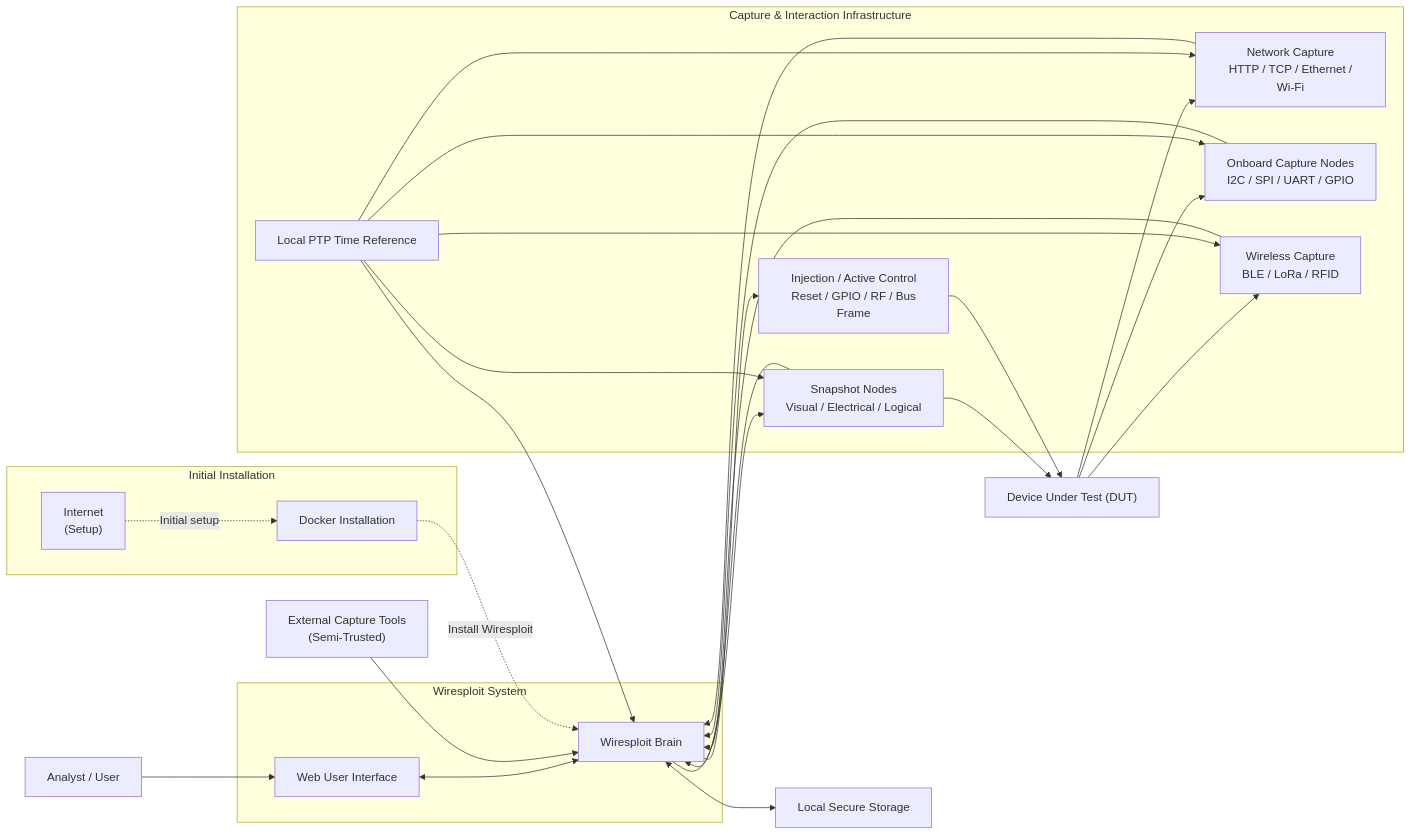
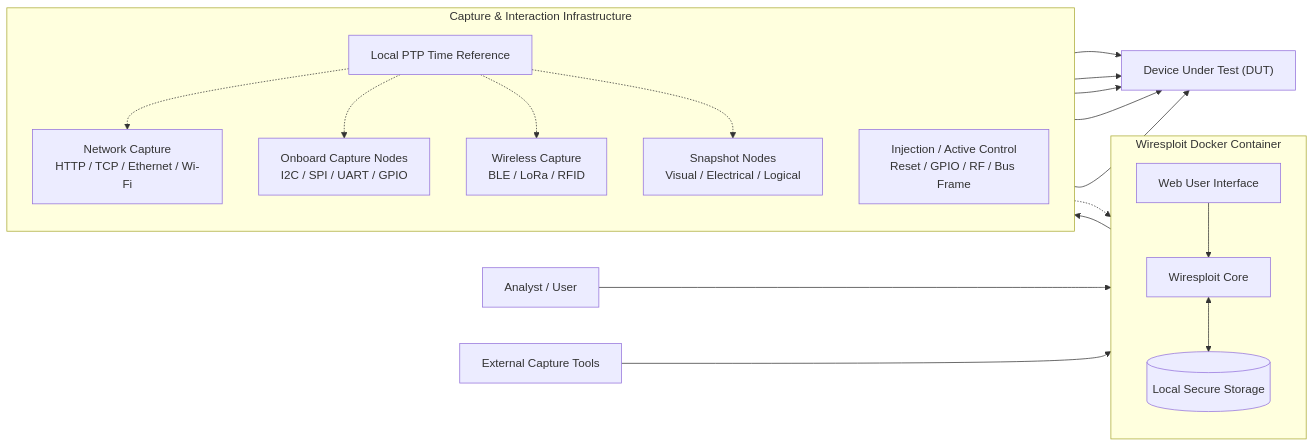
Before and after one commit to EG-ETCS/wiresploit: the first of 15 diagrams in docs/01_Requirements/01_SysRS/05_System_Architecture.md, drawn with Mermaid. The commit also changed other lines of this file, not shown here.

Commit message:
Refactor system architecture diagrams: Updated Sections 4 and 5 with clear and simplified diagrams.

````diff
--- a/docs/01_Requirements/01_SysRS/05_System_Architecture.md
+++ b/docs/01_Requirements/01_SysRS/05_System_Architecture.md
@@ -40,62 +40,55 @@
 ```mermaid
 flowchart LR
 
+    %% User
     Analyst["Analyst / User"]
 
-    subgraph Wiresploit["Wiresploit System"]
+    %% Wiresploit Docker Container
+    subgraph Docker["Wiresploit Docker Container"]
+        direction TB
+
         UI["Web User Interface"]
-        Brain["Wiresploit Brain"]
+        Core["Wiresploit Core"]
+        DB[("Local Secure Storage")]
+
+        UI --> Core
+        Core <--> DB
     end
 
+    %% Capture & Interaction Infrastructure
     subgraph CaptureInfrastructure["Capture & Interaction Infrastructure"]
-        NetworkCapture["Network Capture<br/> HTTP / TCP / Ethernet / Wi-Fi"]
-        CaptureNodes["Onboard Capture Nodes<br/> I2C / SPI / UART / GPIO"]
-        WirelessCapture["Wireless Capture<br/> BLE / LoRa / RFID"]
-        SnapshotNodes["Snapshot Nodes<br/> Visual / Electrical / Logical"]
-        InjectionNodes["Injection / Active Control<br/> Reset / GPIO / RF / Bus Frame"]
+        direction TB
+
+        NetworkCapture["Network Capture<br/>HTTP / TCP / Ethernet / Wi-Fi"]
+        CaptureNodes["Onboard Capture Nodes<br/>I2C / SPI / UART / GPIO"]
+        WirelessCapture["Wireless Capture<br/>BLE / LoRa / RFID"]
+        SnapshotNodes["Snapshot Nodes<br/>Visual / Electrical / Logical"]
+        InjectionNodes["Injection / Active Control<br/>Reset / GPIO / RF / Bus Frame"]
         TimeReference["Local PTP Time Reference"]
     end
 
+    %% External Components
+    ExternalTools["External Capture Tools<br/>"]
     DUT["Device Under Test (DUT)"]
 
-    ExternalTools["External Capture Tools<br/>(Semi-Trusted)"]
+    %% Main Left-to-Right Flow
+    Analyst --> UI
+    Core --> CaptureInfrastructure
 
-    Storage["Local Secure Storage"]
-
-    subgraph Installation["Initial Installation"]
-        Internet["Internet<br/>(Setup)"]
-        Installer["Docker Installation"]
-    end
-
-
-    Analyst --> UI
-    UI <--> Brain
-
-    NetworkCapture --> Brain
-    CaptureNodes --> Brain
-    WirelessCapture --> Brain
-    SnapshotNodes --> Brain
-
-    Brain --> SnapshotNodes
-    Brain --> InjectionNodes
-
+    %% Capture Flow
+    NetworkCapture --> DUT
+    CaptureNodes --> DUT
+    WirelessCapture --> DUT
     SnapshotNodes --> DUT
     InjectionNodes --> DUT
 
-    DUT --> NetworkCapture
-    DUT --> CaptureNodes
-    DUT --> WirelessCapture
+    %% External Tools
+    ExternalTools --> Core
 
-    TimeReference --> Brain
-    TimeReference --> CaptureNodes
-    TimeReference --> NetworkCapture
-    TimeReference --> WirelessCapture
-    TimeReference --> SnapshotNodes
-
-    Brain <--> Storage
-
-    ExternalTools --> Brain
-
-    Internet -. "Initial setup" .-> Installer
-    Installer -. "Install Wiresploit" .-> Brain
+    %% Time Synchronization
+    TimeReference -.-> Core
+    TimeReference -.-> NetworkCapture
+    TimeReference -.-> CaptureNodes
+    TimeReference -.-> WirelessCapture
+    TimeReference -.-> SnapshotNodes
 ```
````
